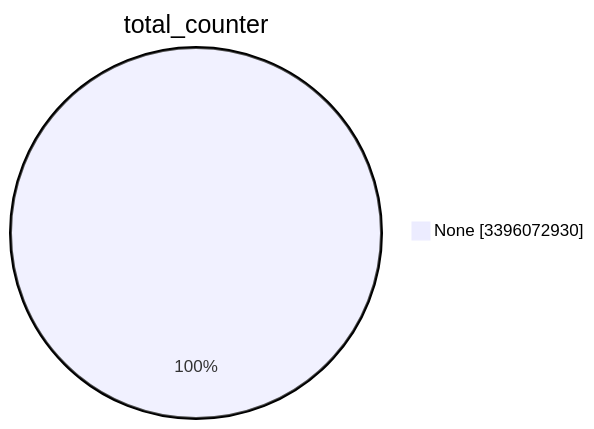
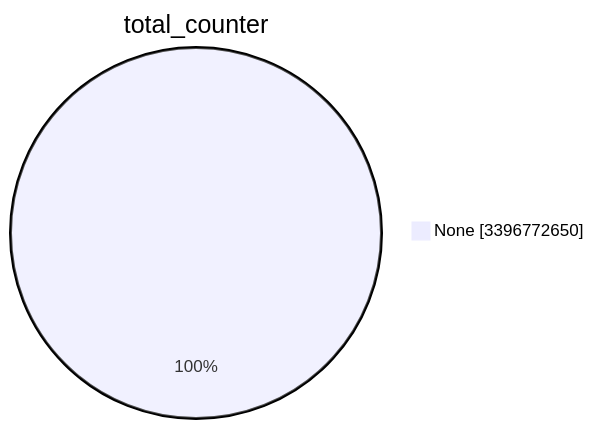
One commit to christiankrug/ctmonitor_visualization changed the first of 15 diagrams in TOTAL/README.md. Above: the diagram before and after it, drawn with Mermaid. The commit also changed other lines of this file, not shown here.

````diff
--- a/TOTAL/README.md
+++ b/TOTAL/README.md
@@ -1,5 +1,5 @@
 ```mermaid
 pie showData
 title total_counter
-"None" :3396072930
+"None" :3396772650
 ```
````
